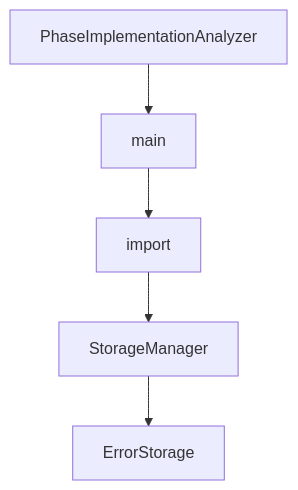
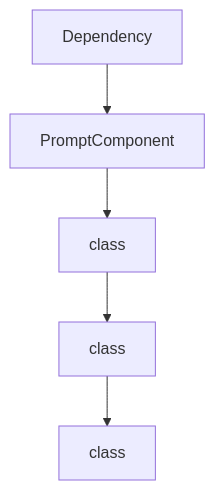
One commit to johnxie/awesome-code-docs changed the second of 2 diagrams in tutorials/vibesdk-tutorial/05-data-layer-and-persistence.md. Above: the diagram before and after it, drawn with Mermaid. The commit also changed other lines of this file and 1232 other files, not shown here.

````diff
--- a/tutorials/vibesdk-tutorial/05-data-layer-and-persistence.md
+++ b/tutorials/vibesdk-tutorial/05-data-layer-and-persistence.md
@@ -261,12 +259,12 @@
 ```mermaid
 flowchart TD
-    A[PhaseImplementationAnalyzer]
-    B[main]
-    C[import]
-    D[StorageManager]
-    E[ErrorStorage]
+    A[Dependency]
+    B[PromptComponent]
+    C[class]
+    D[class]
+    E[class]
     A --> B
     B --> C
     C --> D
     D --> E
 ```
````
